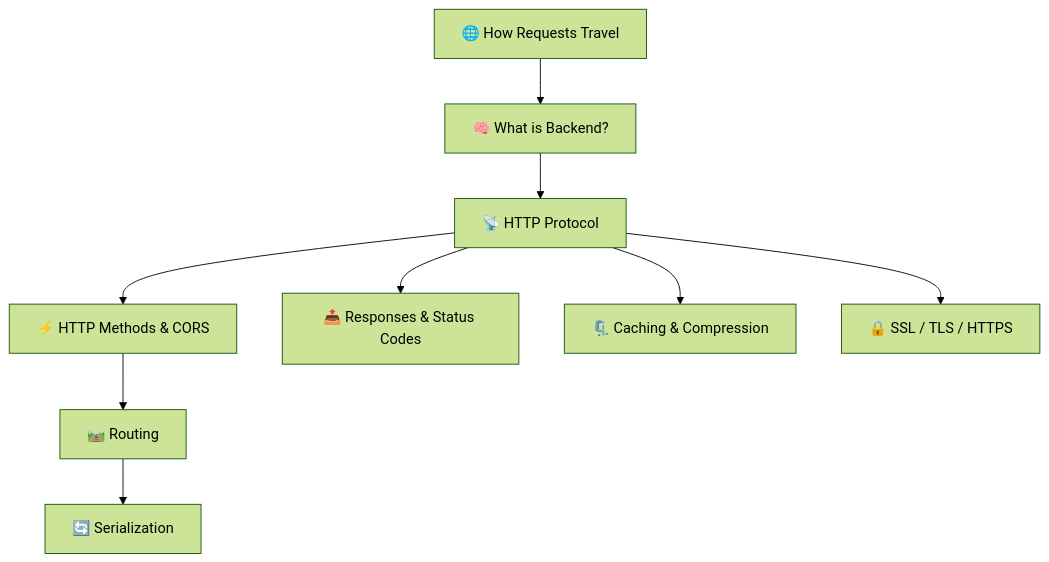
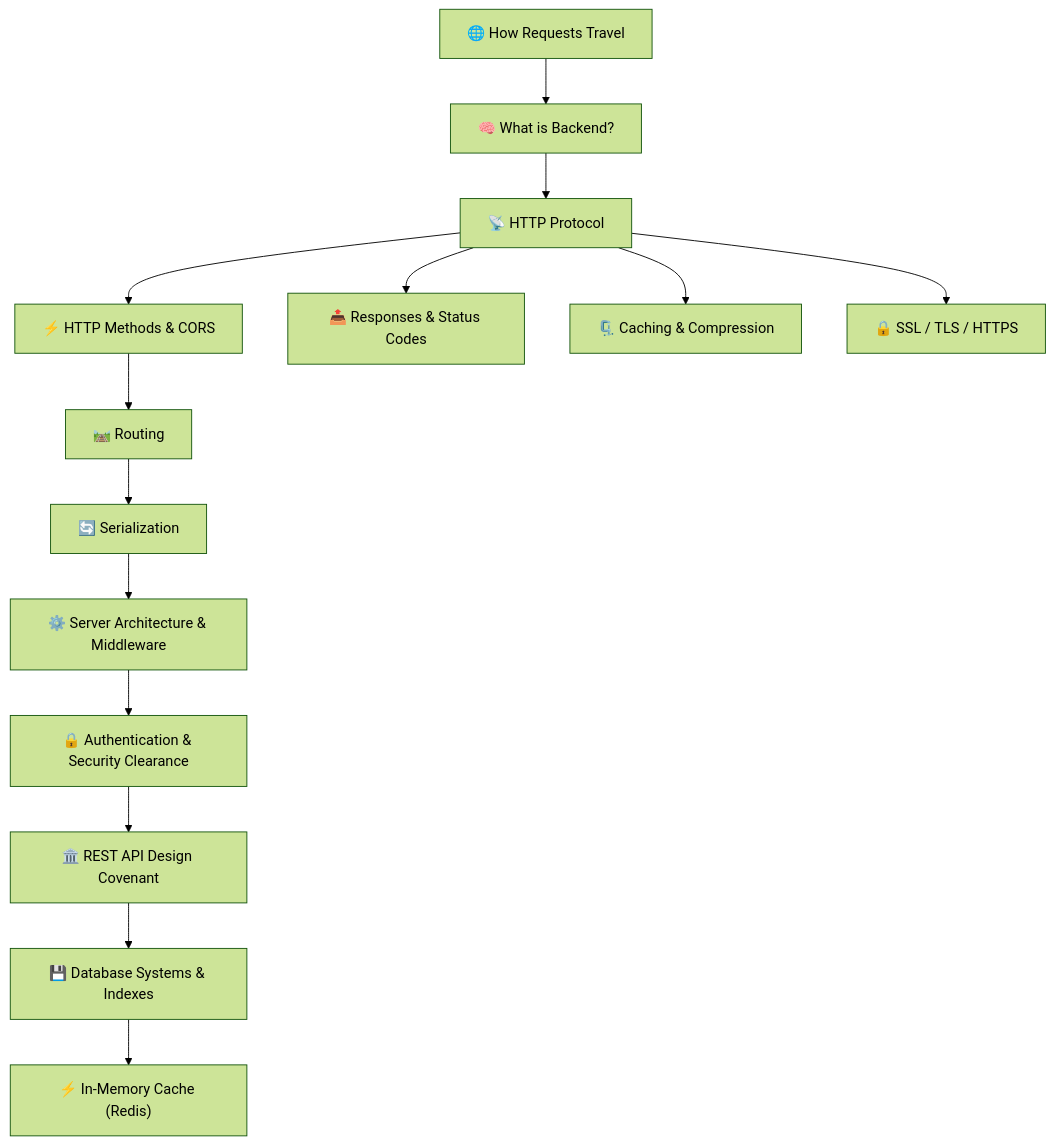
Before and after one commit to HarshitN87/Sriniously_backend_notes: the diagram in README.md, drawn with Mermaid (forest theme). The commit also changed other lines of this file and 18 other files, not shown here.

````diff
--- a/README.md
+++ b/README.md
@@ -25,11 +30,16 @@
 ```mermaid
 flowchart TD
     A["🌐 How Requests Travel"] --> B["🧠 What is Backend?"]
     B --> C["📡 HTTP Protocol"]
     C --> D["⚡ HTTP Methods & CORS"]
     C --> E["📤 Responses & Status Codes"]
     C --> F["🗜️ Caching & Compression"]
     C --> G["🔒 SSL / TLS / HTTPS"]
     D --> H["🛤️ Routing"]
     H --> I["🔄 Serialization"]
+    I --> J["⚙️ Server Architecture & Middleware"]
+    J --> K["🔒 Authentication & Security Clearance"]
+    K --> L["🏛️ REST API Design Covenant"]
+    L --> M["💾 Database Systems & Indexes"]
+    M --> N["⚡ In-Memory Cache (Redis)"]
 ```
````
